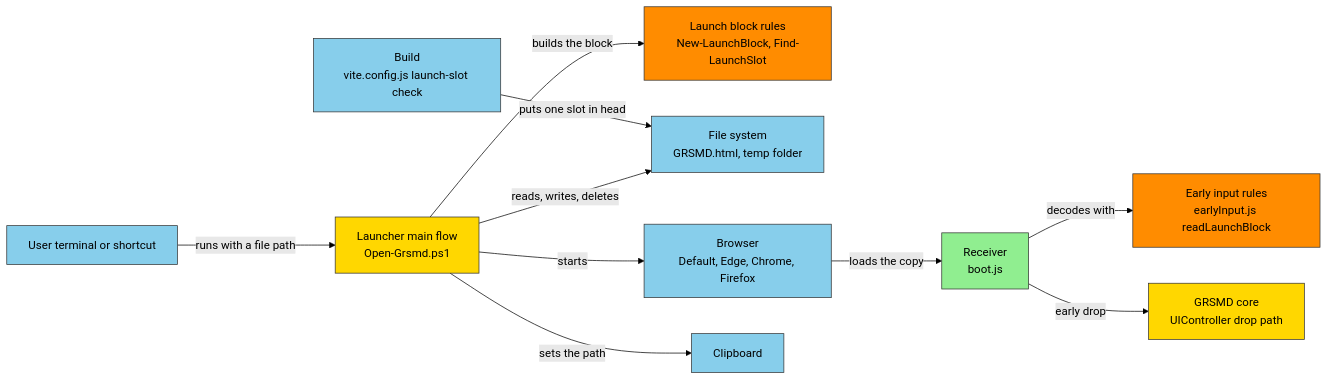
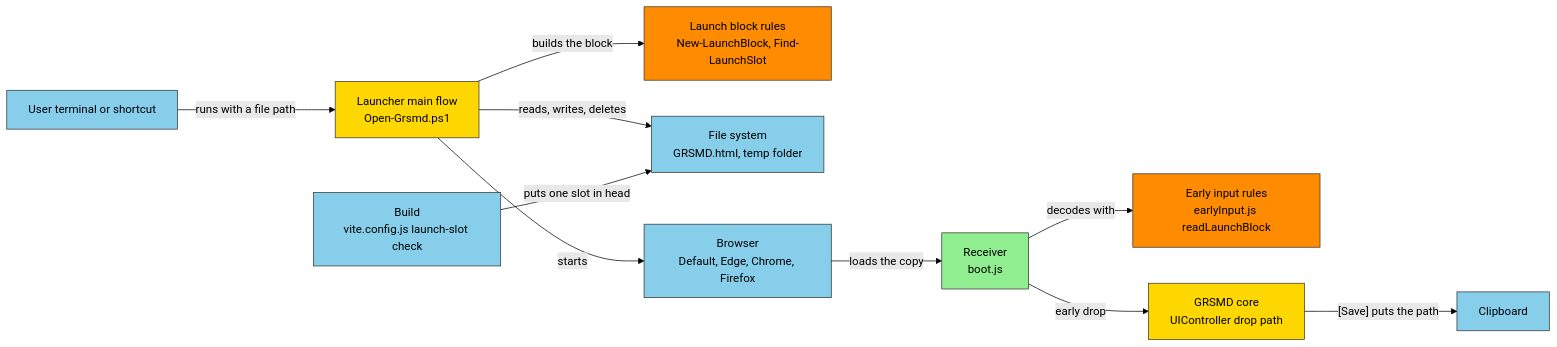
Before and after one commit to GoodRelax/gr-simple-md-renderer: the second of 4 diagrams in spec/grsmd_launcher_spec_en.md, drawn with Mermaid (forest theme). The commit also changed other lines of this file and 21 other files, not shown here.

First line of the commit message:
Add a Save button that offers the launched file's path

````diff
--- a/spec/grsmd_launcher_spec_en.md
+++ b/spec/grsmd_launcher_spec_en.md
@@ -217,16 +220,16 @@
 ```mermaid
 graph LR
     User["User terminal or shortcut"]:::framework -->|"runs with a file path"| Main["Launcher main flow<br/>Open-Grsmd.ps1"]:::usecase
     Main -->|"builds the block"| Block["Launch block rules<br/>New-LaunchBlock, Find-LaunchSlot"]:::entity
     Main -->|"reads, writes, deletes"| Fs["File system<br/>GRSMD.html, temp folder"]:::framework
     Main -->|"starts"| Browser["Browser<br/>Default, Edge, Chrome, Firefox"]:::framework
-    Main -->|"sets the path"| Clip["Clipboard"]:::framework
     Browser -->|"loads the copy"| Receiver["Receiver<br/>boot.js"]:::adapter
     Receiver -->|"decodes with"| Rules["Early input rules<br/>earlyInput.js readLaunchBlock"]:::entity
     Receiver -->|"early drop"| Core["GRSMD core<br/>UIController drop path"]:::usecase
+    Core -->|"[Save] puts the path"| Clip["Clipboard"]:::framework
     Build["Build<br/>vite.config.js launch-slot check"]:::framework -->|"puts one slot in head"| Fs
     classDef entity fill:#FF8C00,stroke:#333,color:#000
     classDef usecase fill:#FFD700,stroke:#333,color:#000
     classDef adapter fill:#90EE90,stroke:#333,color:#000
     classDef framework fill:#87CEEB,stroke:#333,color:#000
 ```
````
